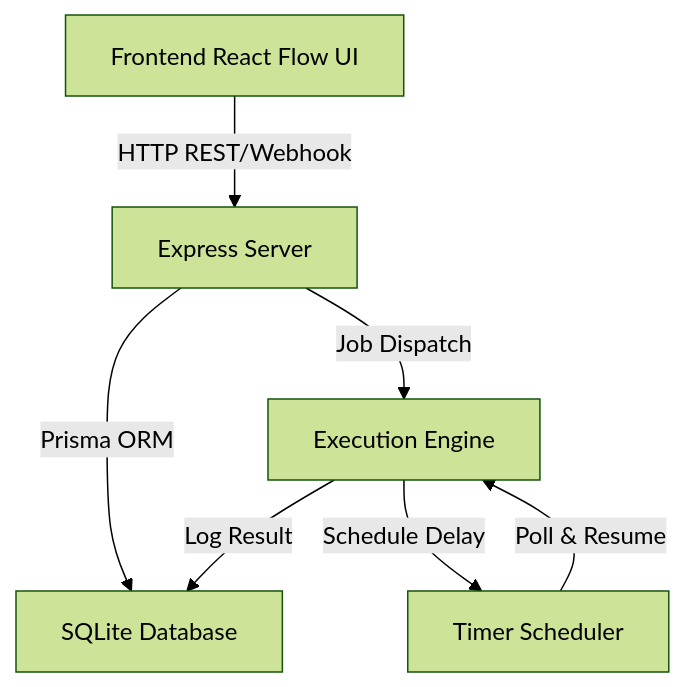
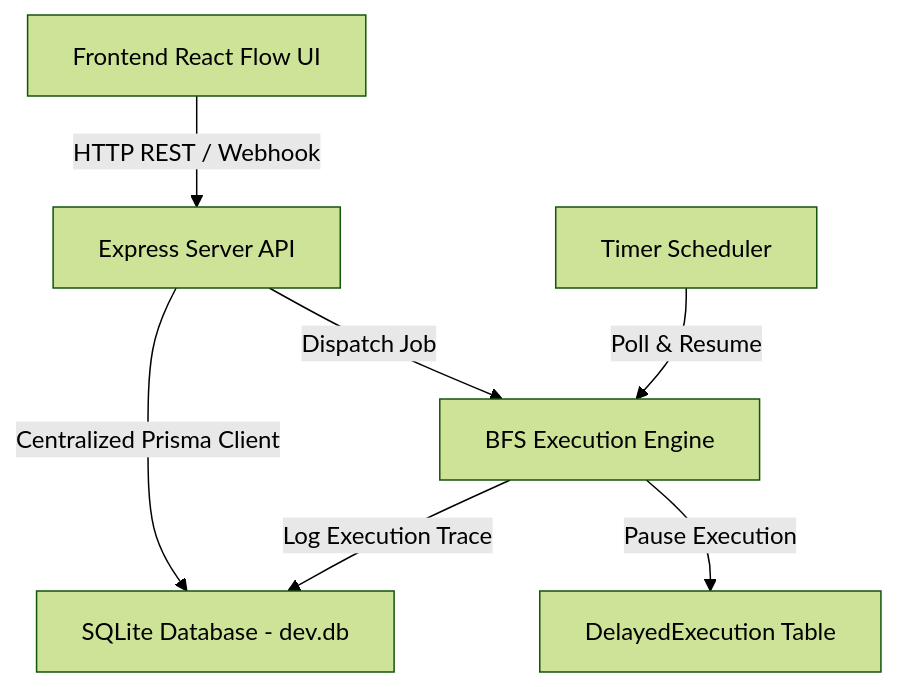
Before and after one commit to AB-stack-cmd/automation-flow: the diagram in automation-workflow/ARCHITECTURE.md, drawn with Mermaid (forest theme). The commit also changed other lines of this file and 17 other files, not shown here.

Commit message:
feat: implement automation workflow backend engine and custom Reactflow node architecture

````diff
--- a/automation-workflow/ARCHITECTURE.md
+++ b/automation-workflow/ARCHITECTURE.md
@@ -11,9 +9,9 @@
 ```mermaid
 graph TD
-    A[Frontend React Flow UI] -->|HTTP REST/Webhook| B[Express Server]
-    B -->|Prisma ORM| C[SQLite Database]
-    B -->|Job Dispatch| D[Execution Engine]
-    D -->|Schedule Delay| E[Timer Scheduler]
-    E -->|Poll & Resume| D
-    D -->|Log Result| C
+    A[Frontend React Flow UI] -->|HTTP REST / Webhook| B[Express Server API]
+    B -->|Centralized Prisma Client| C[SQLite Database - dev.db]
+    B -->|Dispatch Job| D[BFS Execution Engine]
+    D -->|Pause Execution| E[DelayedExecution Table]
+    F[Timer Scheduler] -->|Poll & Resume| D
+    D -->|Log Execution Trace| C
 ```
````
